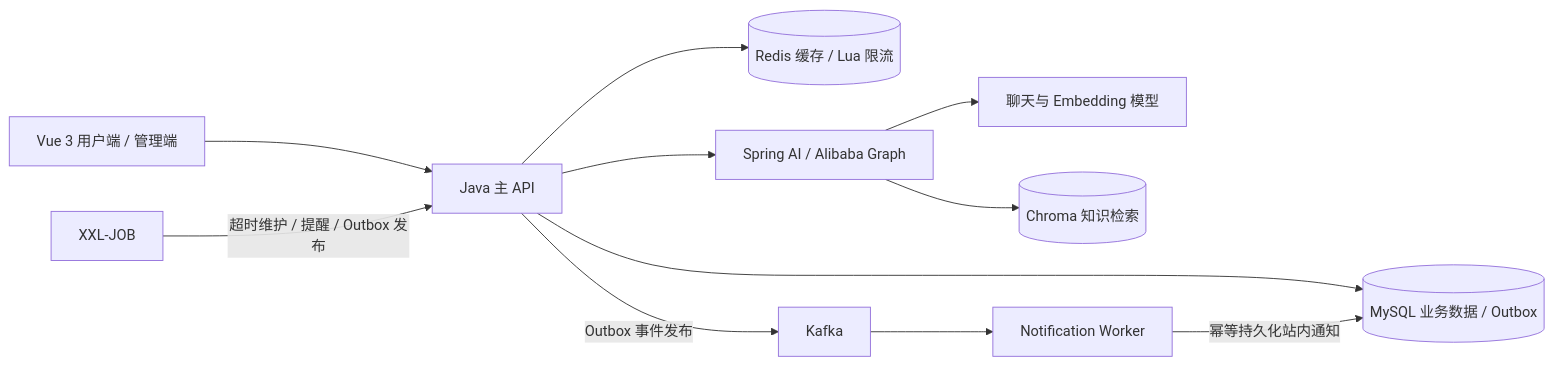
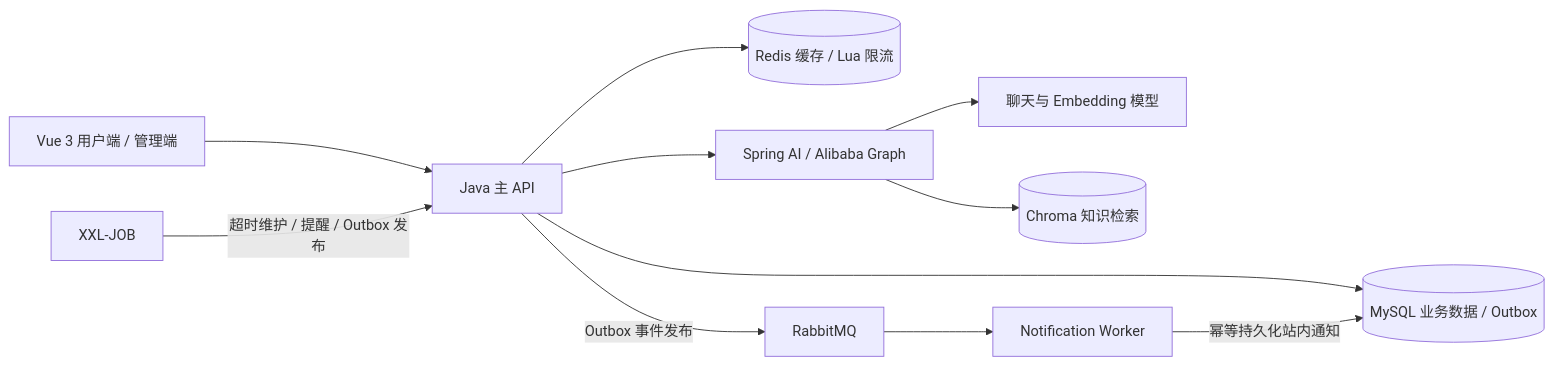
Before and after one commit to amiragez0215/CultureHub: the diagram in README.md, drawn with Mermaid. The commit also changed other lines of this file and 46 other files, not shown here.

First line of the commit message:
Migrate notifications to RabbitMQ and verify outbox recovery

````diff
--- a/README.md
+++ b/README.md
@@ -56,13 +58,13 @@
 ```mermaid
 flowchart LR
     Web[Vue 3 用户端 / 管理端] --> API[Java 主 API]
     API --> DB[(MySQL 业务数据 / Outbox)]
     API --> Redis[(Redis 缓存 / Lua 限流)]
     API --> AI[Spring AI / Alibaba Graph]
     AI --> Model[聊天与 Embedding 模型]
     AI --> Chroma[(Chroma 知识检索)]
     Job[XXL-JOB] -->|超时维护 / 提醒 / Outbox 发布| API
-    API -->|Outbox 事件发布| Kafka[Kafka]
-    Kafka --> Worker[Notification Worker]
+    API -->|Outbox 事件发布| RabbitMQ[RabbitMQ]
+    RabbitMQ --> Worker[Notification Worker]
     Worker -->|幂等持久化站内通知| DB
 ```
````
